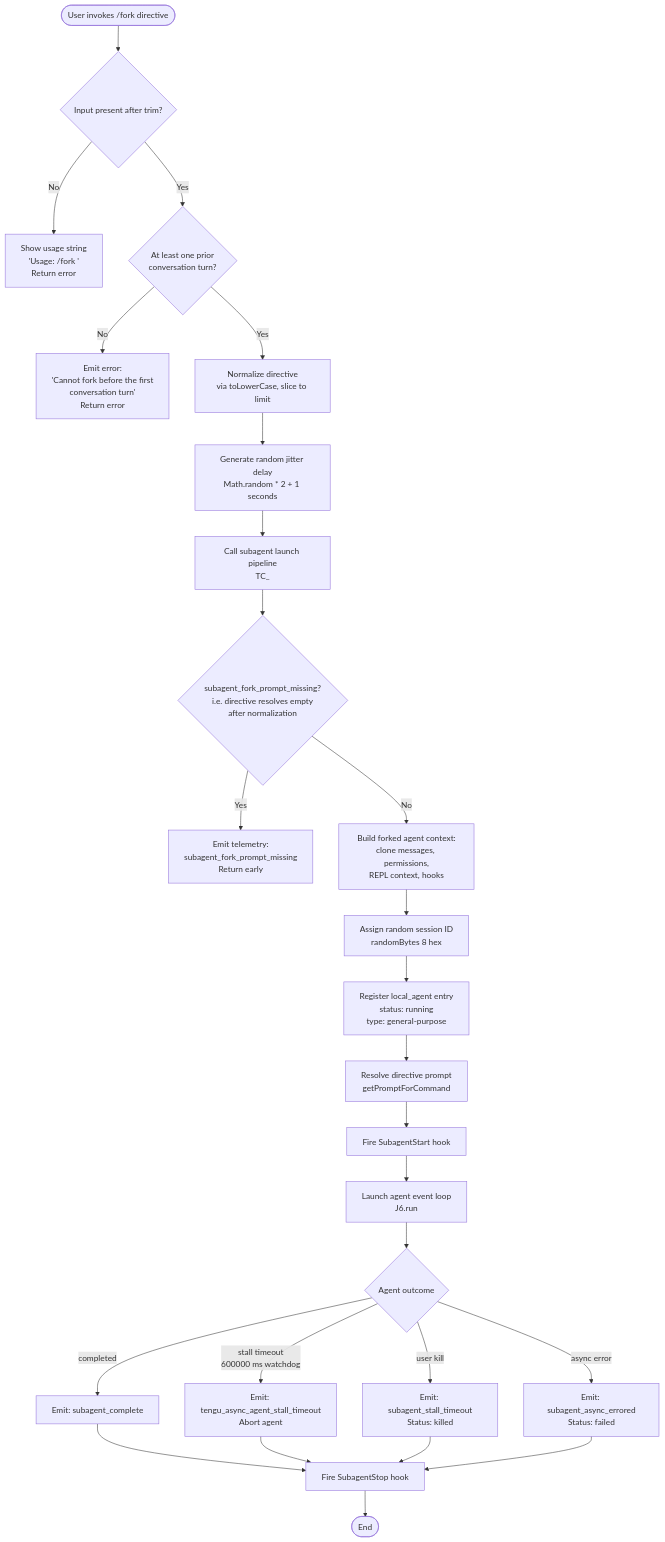
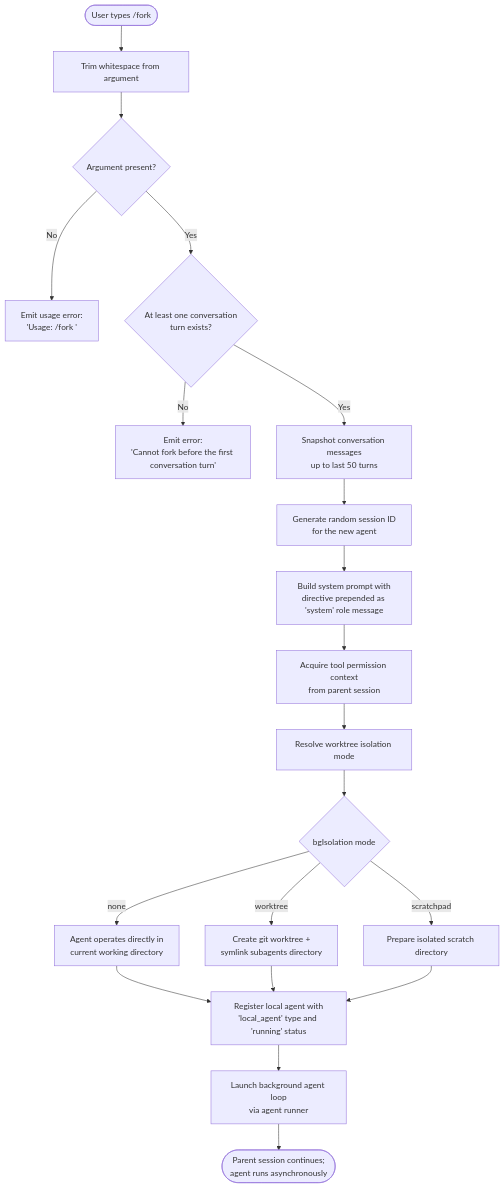
Before and after one commit to MyLittleLuckyDog/cc-gnothi: the diagram in versions/v2.1.143/fork.md, drawn with Mermaid. The commit also changed other lines of this file and 87 other files, not shown here.

````diff
--- a/versions/v2.1.143/fork.md
+++ b/versions/v2.1.143/fork.md
@@ -44,28 +46,20 @@
 ```mermaid
 flowchart TD
-    A([User invokes /fork directive]) --> B{Input present after trim?}
-    B -- No --> C[Show usage string\n'Usage: /fork <directive>'\nReturn error]
-    B -- Yes --> D{At least one prior\nconversation turn?}
-    D -- No --> E[Emit error:\n'Cannot fork before the first\nconversation turn'\nReturn error]
-    D -- Yes --> F[Normalize directive\nvia toLowerCase, slice to limit]
-    F --> G[Generate random jitter delay\nMath.random * 2 + 1 seconds]
-    G --> H[Call subagent launch pipeline\nTC_]
-    H --> I{subagent_fork_prompt_missing?\ni.e. directive resolves empty\nafter normalization}
-    I -- Yes --> J[Emit telemetry:\nsubagent_fork_prompt_missing\nReturn early]
-    I -- No --> K[Build forked agent context:\nclone messages, permissions,\nREPL context, hooks]
-    K --> L[Assign random session ID\nrandomBytes 8 hex]
-    L --> M[Register local_agent entry\nstatus: running\ntype: general-purpose]
-    M --> N[Resolve directive prompt\ngetPromptForCommand]
-    N --> O[Fire SubagentStart hook]
-    O --> P[Launch agent event loop\nJ6.run]
-    P --> Q{Agent outcome}
-    Q -- completed --> R[Emit: subagent_complete]
-    Q -- stall timeout\n600000 ms watchdog --> S[Emit: tengu_async_agent_stall_timeout\nAbort agent]
-    Q -- user kill --> T[Emit: subagent_stall_timeout\nStatus: killed]
-    Q -- async error --> U[Emit: subagent_async_errored\nStatus: failed]
-    R --> V[Fire SubagentStop hook]
-    S --> V
-    T --> V
-    U --> V
-    V --> W([End])
+    A([User types /fork <directive>]) --> B[Trim whitespace from argument]
+    B --> C{Argument present?}
+    C -- No --> D[Emit usage error:\n'Usage: /fork <directive>']
+    C -- Yes --> E{At least one conversation\nturn exists?}
+    E -- No --> F[Emit error:\n'Cannot fork before the first conversation turn']
+    E -- Yes --> G[Snapshot conversation messages\nup to last 50 turns]
+    G --> H[Generate random session ID\nfor the new agent]
+    H --> I[Build system prompt with\ndirective prepended as 'system' role message]
+    I --> J[Acquire tool permission context\nfrom parent session]
+    J --> K[Resolve worktree isolation mode]
+    K --> L{bgIsolation mode}
+    L -- none --> M[Agent operates directly in\ncurrent working directory]
+    L -- worktree --> N[Create git worktree +\nsymlink subagents directory]
+    L -- scratchpad --> O[Prepare isolated scratch directory]
+    M & N & O --> P[Register local agent with\n'local_agent' type and 'running' status]
+    P --> Q[Launch background agent loop\nvia agent runner]
+    Q --> R([Parent session continues;\nagent runs asynchronously])
 ```
````
